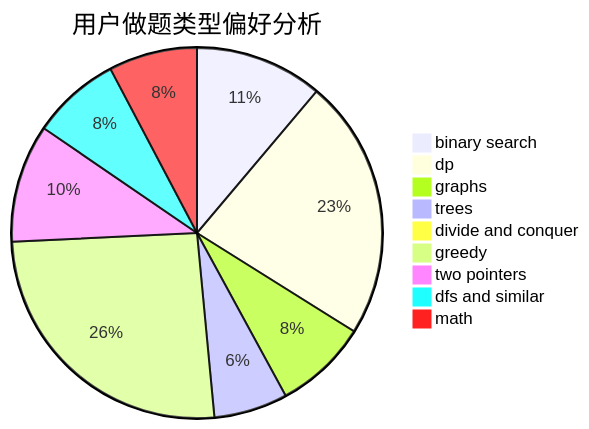
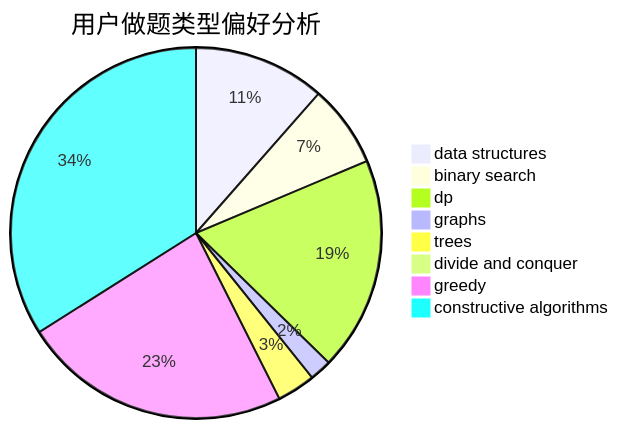
Before and after one commit to sherpahu/cfrs.github.io: the second of 3 diagrams in docs/user/u1307.md, drawn with Mermaid. The commit also changed other lines of this file and 2775 other files, not shown here.

````diff
--- a/docs/user/u1307.md
+++ b/docs/user/u1307.md
@@ -23,12 +23,11 @@
 ```mermaid
 pie title 用户做题类型偏好分析
-    "binary search" :  26
-    "dp" :  53
-    "graphs" :  19
-    "trees" :  15
+    "data structures" :  24
+    "binary search" :  15
+    "dp" :  39
+    "graphs" :  4
+    "trees" :  7
     "divide and conquer" :  0
-    "greedy" :  60
-    "two pointers" :  24
-    "dfs and similar" :  18
-    "math" :  18
+    "greedy" :  49
+    "constructive algorithms" :  71
 ```
````
